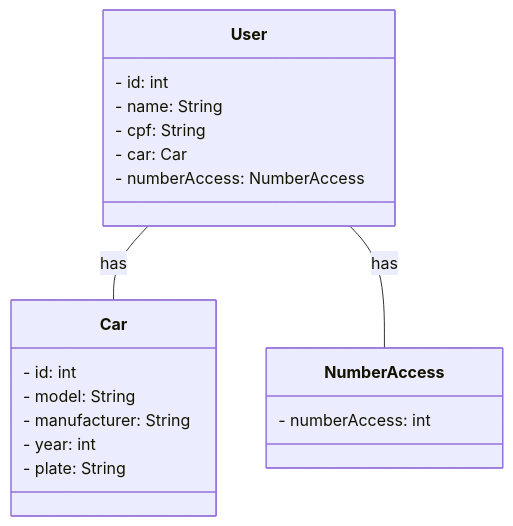
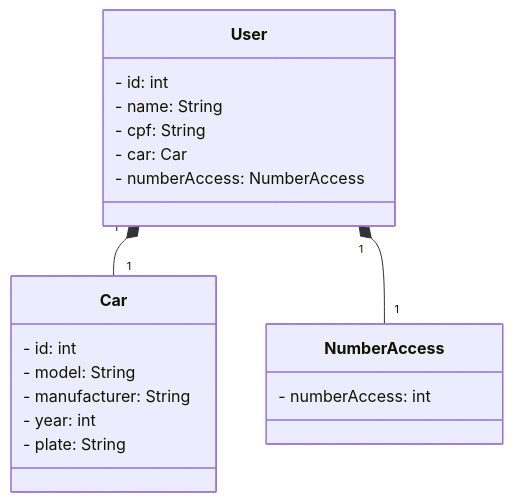
Before and after one commit to JacksonRoque98/Estacionamento-Santander-Java: the diagram in README.md, drawn with Mermaid. The commit also changed other lines of this file, not shown here.

````diff
--- a/README.md
+++ b/README.md
@@ -17,25 +34,25 @@
 ```mermaid
 classDiagram
   class User {
     - id: int
     - name: String
     - cpf: String
     - car: Car
     - numberAccess: NumberAccess
   }
 
   class Car {
     - id: int
     - model: String
     - manufacturer: String
     - year: int
     - plate: String
   }
 
   class NumberAccess {
     - numberAccess: int
   }
 
-  User -- Car : has
-  User -- NumberAccess : has
+  User "1" *-- "1" Car
+  User "1" *-- "1" NumberAccess
 ```
````
